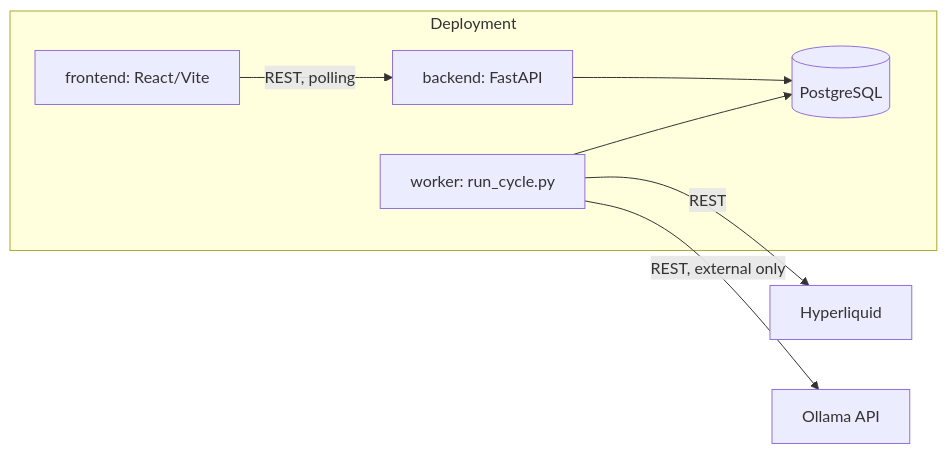
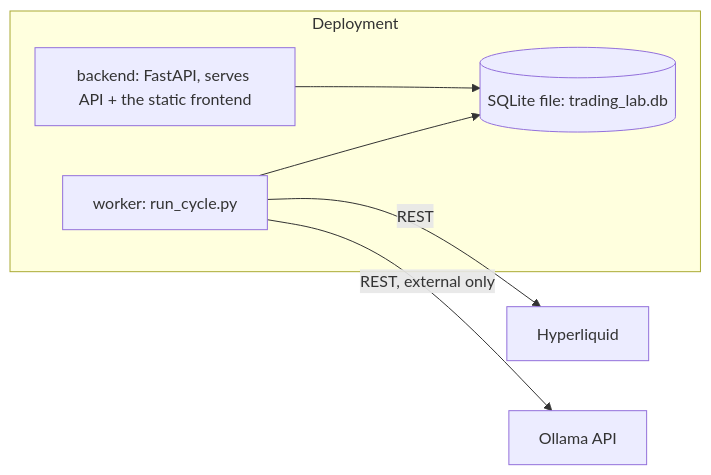
Before and after one commit to atul2501/reserch_model: the second of 2 diagrams in README.md, drawn with Mermaid. The commit also changed other lines of this file and 63 other files, not shown here.

````diff
--- a/README.md
+++ b/README.md
@@ -142,14 +145,12 @@
 ```mermaid
 flowchart LR
     subgraph Deployment
-        PG[(PostgreSQL)]
-        API[backend: FastAPI]
+        DB[(SQLite file: trading_lab.db)]
+        API[backend: FastAPI, serves API + the static frontend]
         WORKER[worker: run_cycle.py]
-        UI[frontend: React/Vite]
     end
-    API --> PG
-    WORKER --> PG
+    API --> DB
+    WORKER --> DB
     WORKER -->|REST| HL[Hyperliquid]
     WORKER -->|REST, external only| OLLAMA[Ollama API]
-    UI -->|REST, polling| API
 ```
````
